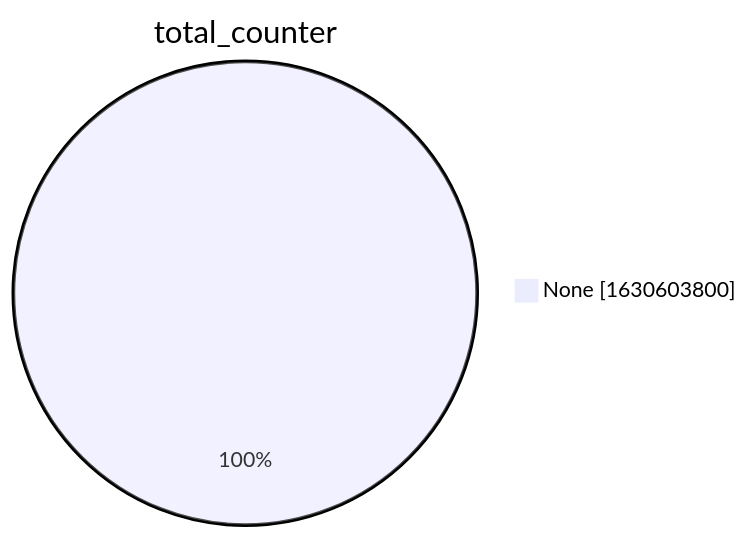
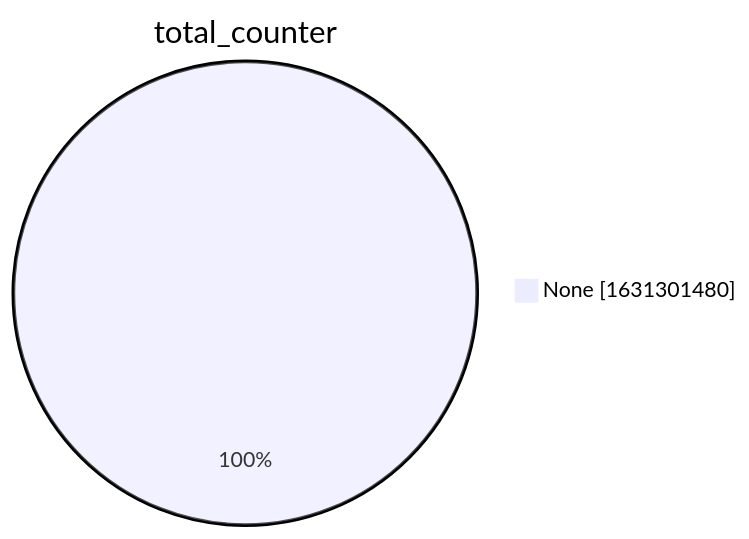
Before and after one commit to christiankrug/ctmonitor_visualization: the second of 15 diagrams in xenon2022/README.md, drawn with Mermaid. The commit also changed other lines of this file, not shown here.

````diff
--- a/xenon2022/README.md
+++ b/xenon2022/README.md
@@ -9,5 +9,5 @@
 ```mermaid
 pie showData
 title total_counter
-"None" :1630603800
+"None" :1631301480
 ```
````
